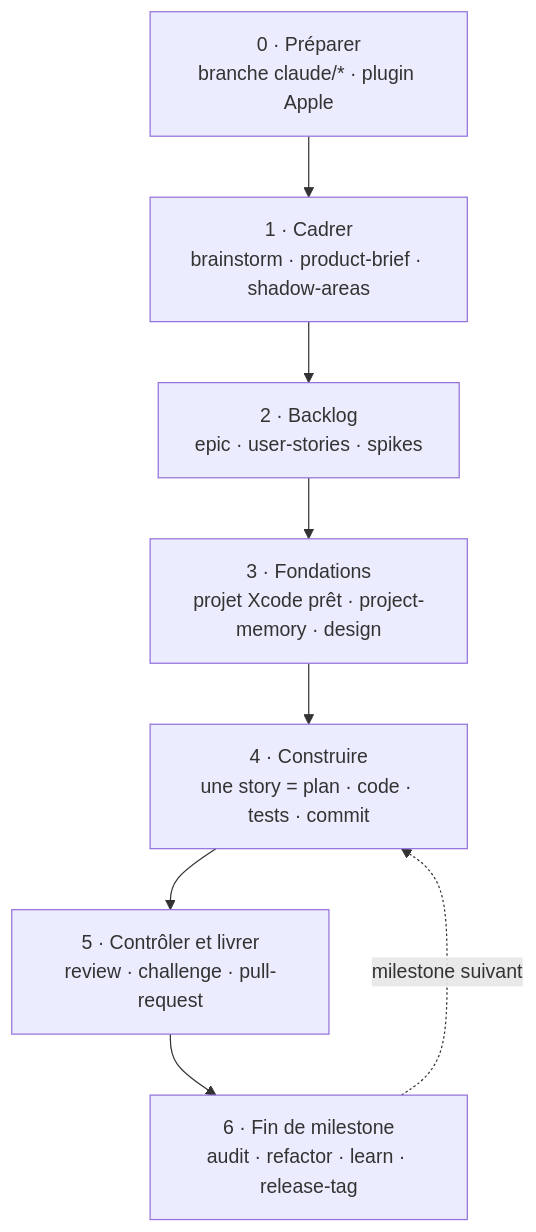
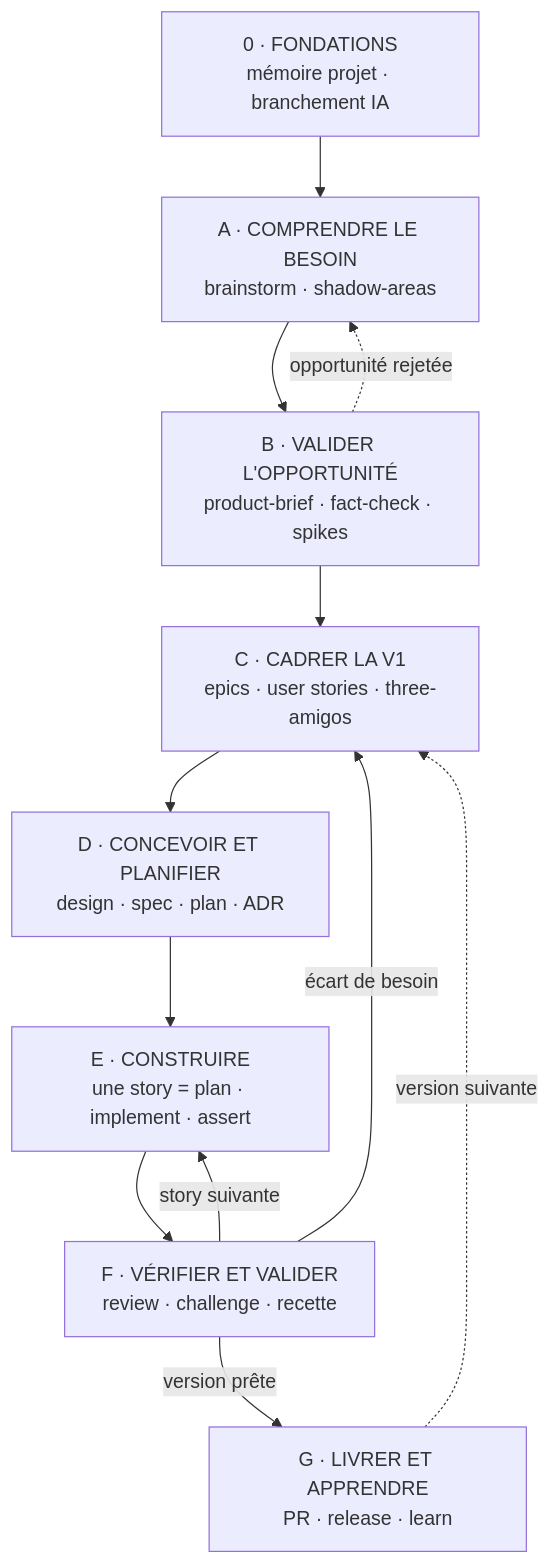
The diagram in docs/plugins/02-workflow-macos.md (yanix2445/Copykit), drawn with Mermaid before and after one commit. The commit also changed other lines of this file and 3 other files, not shown here.

````diff
--- a/docs/plugins/02-workflow-macos.md
+++ b/docs/plugins/02-workflow-macos.md
@@ -67,12 +80,17 @@
 ```mermaid
 flowchart TD
-  P0["0 · Préparer<br/>branche claude/* · plugin Apple"]
-  P1["1 · Cadrer<br/>brainstorm · product-brief · shadow-areas"]
-  P2["2 · Backlog<br/>epic · user-stories · spikes"]
-  P3["3 · Fondations<br/>projet Xcode prêt · project-memory · design"]
-  P4["4 · Construire<br/>une story = plan · code · tests · commit"]
-  P5["5 · Contrôler et livrer<br/>review · challenge · pull-request"]
-  P6["6 · Fin de milestone<br/>audit · refactor · learn · release-tag"]
-  P0 --> P1 --> P2 --> P3 --> P4 --> P5 --> P6
-  P6 -. "milestone suivant" .-> P4
+  Z["0 · FONDATIONS<br/>mémoire projet · branchement IA"]
+  A["A · COMPRENDRE LE BESOIN<br/>brainstorm · shadow-areas"]
+  B["B · VALIDER L'OPPORTUNITÉ<br/>product-brief · fact-check · spikes"]
+  C["C · CADRER LA V1<br/>epics · user stories · three-amigos"]
+  D["D · CONCEVOIR ET PLANIFIER<br/>design · spec · plan · ADR"]
+  E["E · CONSTRUIRE<br/>une story = plan · implement · assert"]
+  F["F · VÉRIFIER ET VALIDER<br/>review · challenge · recette"]
+  G["G · LIVRER ET APPRENDRE<br/>PR · release · learn"]
+  Z --> A --> B --> C --> D --> E --> F
+  F -- "story suivante" --> E
+  F -- "écart de besoin" --> C
+  F -- "version prête" --> G
+  G -. "version suivante" .-> C
+  B -. "opportunité rejetée" .-> A
 ```
````
